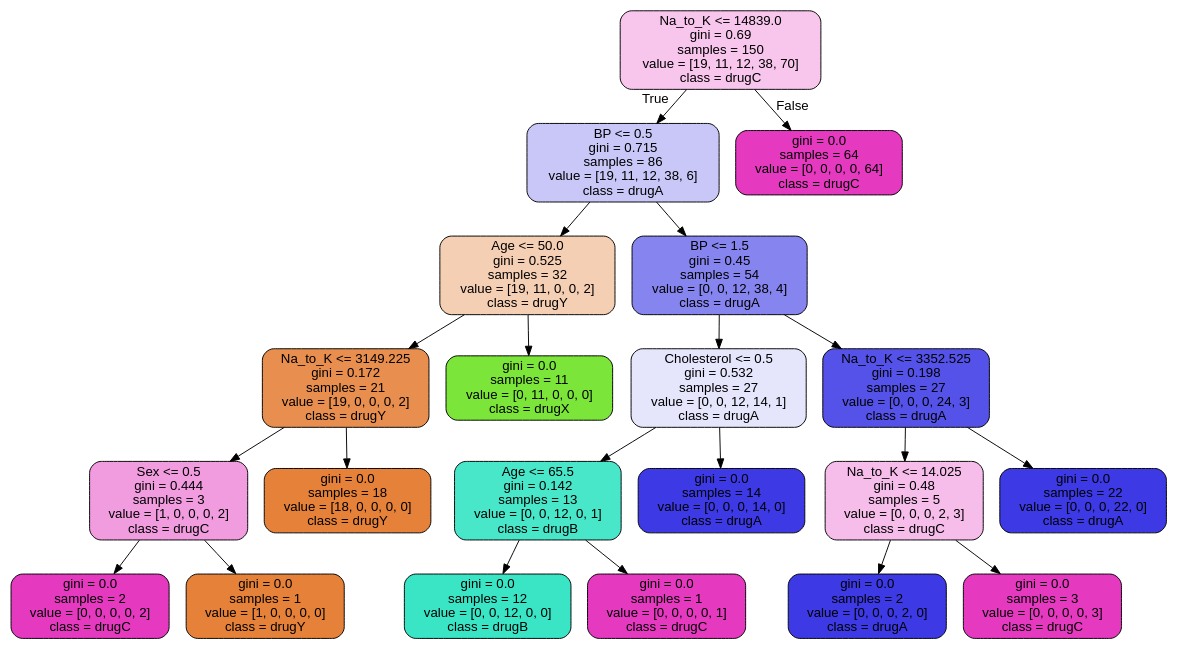
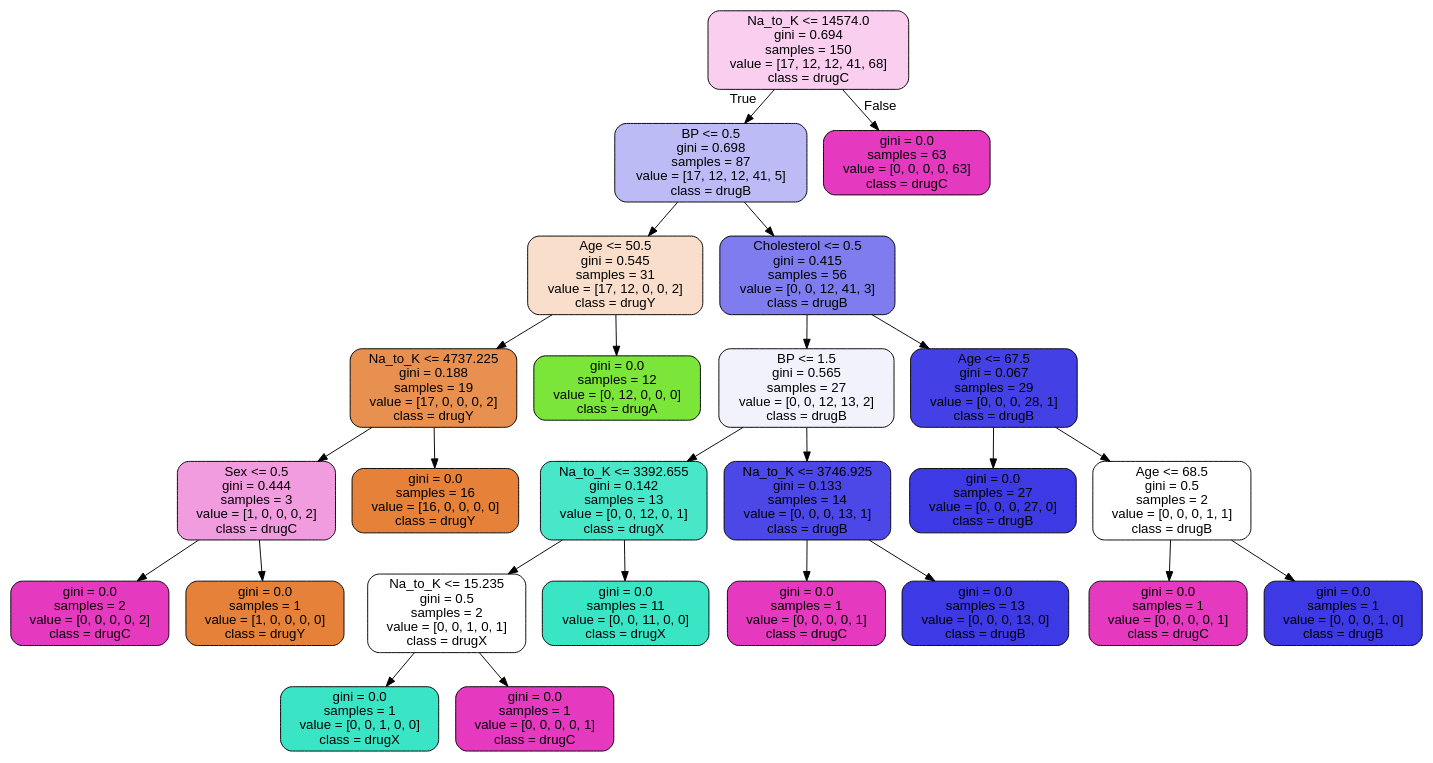
One commit to pablesite/master-matematicas changed the diagram in tecnicas-multivariantes/images/tree_clf_default.dot. Above: the diagram before and after it, drawn with Graphviz. The commit also changed 4 other files, not shown here.

```diff
--- a/tecnicas-multivariantes/images/tree_clf_default.dot
+++ b/tecnicas-multivariantes/images/tree_clf_default.dot
@@ -1,45 +1,53 @@
 digraph Tree {
 node [shape=box, style="filled, rounded", color="black", fontname="helvetica"] ;
 edge [fontname="helvetica"] ;
-0 [label="Na_to_K <= 14839.0\ngini = 0.69\nsamples = 150\nvalue = [19, 11, 12, 38, 70]\nclass = drugC", fillcolor="#f8c6ed"] ;
-1 [label="BP <= 0.5\ngini = 0.715\nsamples = 86\nvalue = [19, 11, 12, 38, 6]\nclass = drugA", fillcolor="#c8c7f8"] ;
+0 [label="Na_to_K <= 14574.0\ngini = 0.694\nsamples = 150\nvalue = [17, 12, 12, 41, 68]\nclass = drugC", fillcolor="#f9ceef"] ;
+1 [label="BP <= 0.5\ngini = 0.698\nsamples = 87\nvalue = [17, 12, 12, 41, 5]\nclass = drugB", fillcolor="#bcbbf6"] ;
 0 -> 1 [labeldistance=2.5, labelangle=45, headlabel="True"] ;
-2 [label="Age <= 50.0\ngini = 0.525\nsamples = 32\nvalue = [19, 11, 0, 0, 2]\nclass = drugY", fillcolor="#f5cfb4"] ;
+2 [label="Age <= 50.5\ngini = 0.545\nsamples = 31\nvalue = [17, 12, 0, 0, 2]\nclass = drugY", fillcolor="#f8decb"] ;
 1 -> 2 ;
-3 [label="Na_to_K <= 3149.225\ngini = 0.172\nsamples = 21\nvalue = [19, 0, 0, 0, 2]\nclass = drugY", fillcolor="#e88e4e"] ;
+3 [label="Na_to_K <= 4737.225\ngini = 0.188\nsamples = 19\nvalue = [17, 0, 0, 0, 2]\nclass = drugY", fillcolor="#e89050"] ;
 2 -> 3 ;
 4 [label="Sex <= 0.5\ngini = 0.444\nsamples = 3\nvalue = [1, 0, 0, 0, 2]\nclass = drugC", fillcolor="#f29ce0"] ;
 3 -> 4 ;
 5 [label="gini = 0.0\nsamples = 2\nvalue = [0, 0, 0, 0, 2]\nclass = drugC", fillcolor="#e539c0"] ;
 4 -> 5 ;
 6 [label="gini = 0.0\nsamples = 1\nvalue = [1, 0, 0, 0, 0]\nclass = drugY", fillcolor="#e58139"] ;
 4 -> 6 ;
-7 [label="gini = 0.0\nsamples = 18\nvalue = [18, 0, 0, 0, 0]\nclass = drugY", fillcolor="#e58139"] ;
+7 [label="gini = 0.0\nsamples = 16\nvalue = [16, 0, 0, 0, 0]\nclass = drugY", fillcolor="#e58139"] ;
 3 -> 7 ;
-8 [label="gini = 0.0\nsamples = 11\nvalue = [0, 11, 0, 0, 0]\nclass = drugX", fillcolor="#7be539"] ;
+8 [label="gini = 0.0\nsamples = 12\nvalue = [0, 12, 0, 0, 0]\nclass = drugA", fillcolor="#7be539"] ;
 2 -> 8 ;
-9 [label="BP <= 1.5\ngini = 0.45\nsamples = 54\nvalue = [0, 0, 12, 38, 4]\nclass = drugA", fillcolor="#8684ef"] ;
+9 [label="Cholesterol <= 0.5\ngini = 0.415\nsamples = 56\nvalue = [0, 0, 12, 41, 3]\nclass = drugB", fillcolor="#7e7cee"] ;
 1 -> 9 ;
-10 [label="Cholesterol <= 0.5\ngini = 0.532\nsamples = 27\nvalue = [0, 0, 12, 14, 1]\nclass = drugA", fillcolor="#e5e5fc"] ;
+10 [label="BP <= 1.5\ngini = 0.565\nsamples = 27\nvalue = [0, 0, 12, 13, 2]\nclass = drugB", fillcolor="#f2f2fd"] ;
 9 -> 10 ;
-11 [label="Age <= 65.5\ngini = 0.142\nsamples = 13\nvalue = [0, 0, 12, 0, 1]\nclass = drugB", fillcolor="#49e7ca"] ;
+11 [label="Na_to_K <= 3392.655\ngini = 0.142\nsamples = 13\nvalue = [0, 0, 12, 0, 1]\nclass = drugX", fillcolor="#49e7ca"] ;
 10 -> 11 ;
-12 [label="gini = 0.0\nsamples = 12\nvalue = [0, 0, 12, 0, 0]\nclass = drugB", fillcolor="#39e5c5"] ;
+12 [label="Na_to_K <= 15.235\ngini = 0.5\nsamples = 2\nvalue = [0, 0, 1, 0, 1]\nclass = drugX", fillcolor="#ffffff"] ;
 11 -> 12 ;
-13 [label="gini = 0.0\nsamples = 1\nvalue = [0, 0, 0, 0, 1]\nclass = drugC", fillcolor="#e539c0"] ;
-11 -> 13 ;
-14 [label="gini = 0.0\nsamples = 14\nvalue = [0, 0, 0, 14, 0]\nclass = drugA", fillcolor="#3c39e5"] ;
-10 -> 14 ;
-15 [label="Na_to_K <= 3352.525\ngini = 0.198\nsamples = 27\nvalue = [0, 0, 0, 24, 3]\nclass = drugA", fillcolor="#5452e8"] ;
-9 -> 15 ;
-16 [label="Na_to_K <= 14.025\ngini = 0.48\nsamples = 5\nvalue = [0, 0, 0, 2, 3]\nclass = drugC", fillcolor="#f6bdea"] ;
-15 -> 16 ;
-17 [label="gini = 0.0\nsamples = 2\nvalue = [0, 0, 0, 2, 0]\nclass = drugA", fillcolor="#3c39e5"] ;
+13 [label="gini = 0.0\nsamples = 1\nvalue = [0, 0, 1, 0, 0]\nclass = drugX", fillcolor="#39e5c5"] ;
+12 -> 13 ;
+14 [label="gini = 0.0\nsamples = 1\nvalue = [0, 0, 0, 0, 1]\nclass = drugC", fillcolor="#e539c0"] ;
+12 -> 14 ;
+15 [label="gini = 0.0\nsamples = 11\nvalue = [0, 0, 11, 0, 0]\nclass = drugX", fillcolor="#39e5c5"] ;
+11 -> 15 ;
+16 [label="Na_to_K <= 3746.925\ngini = 0.133\nsamples = 14\nvalue = [0, 0, 0, 13, 1]\nclass = drugB", fillcolor="#4b48e7"] ;
+10 -> 16 ;
+17 [label="gini = 0.0\nsamples = 1\nvalue = [0, 0, 0, 0, 1]\nclass = drugC", fillcolor="#e539c0"] ;
 16 -> 17 ;
-18 [label="gini = 0.0\nsamples = 3\nvalue = [0, 0, 0, 0, 3]\nclass = drugC", fillcolor="#e539c0"] ;
+18 [label="gini = 0.0\nsamples = 13\nvalue = [0, 0, 0, 13, 0]\nclass = drugB", fillcolor="#3c39e5"] ;
 16 -> 18 ;
-19 [label="gini = 0.0\nsamples = 22\nvalue = [0, 0, 0, 22, 0]\nclass = drugA", fillcolor="#3c39e5"] ;
-15 -> 19 ;
-20 [label="gini = 0.0\nsamples = 64\nvalue = [0, 0, 0, 0, 64]\nclass = drugC", fillcolor="#e539c0"] ;
-0 -> 20 [labeldistance=2.5, labelangle=-45, headlabel="False"] ;
+19 [label="Age <= 67.5\ngini = 0.067\nsamples = 29\nvalue = [0, 0, 0, 28, 1]\nclass = drugB", fillcolor="#4340e6"] ;
+9 -> 19 ;
+20 [label="gini = 0.0\nsamples = 27\nvalue = [0, 0, 0, 27, 0]\nclass = drugB", fillcolor="#3c39e5"] ;
+19 -> 20 ;
+21 [label="Age <= 68.5\ngini = 0.5\nsamples = 2\nvalue = [0, 0, 0, 1, 1]\nclass = drugB", fillcolor="#ffffff"] ;
+19 -> 21 ;
+22 [label="gini = 0.0\nsamples = 1\nvalue = [0, 0, 0, 0, 1]\nclass = drugC", fillcolor="#e539c0"] ;
+21 -> 22 ;
+23 [label="gini = 0.0\nsamples = 1\nvalue = [0, 0, 0, 1, 0]\nclass = drugB", fillcolor="#3c39e5"] ;
+21 -> 23 ;
+24 [label="gini = 0.0\nsamples = 63\nvalue = [0, 0, 0, 0, 63]\nclass = drugC", fillcolor="#e539c0"] ;
+0 -> 24 [labeldistance=2.5, labelangle=-45, headlabel="False"] ;
 }
```
